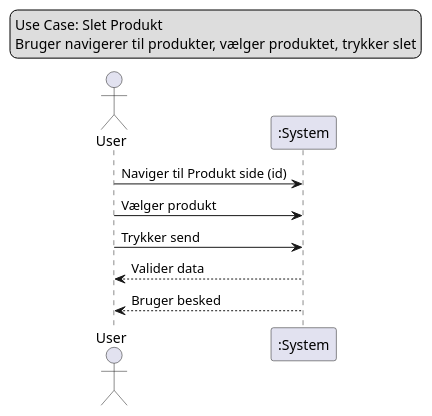
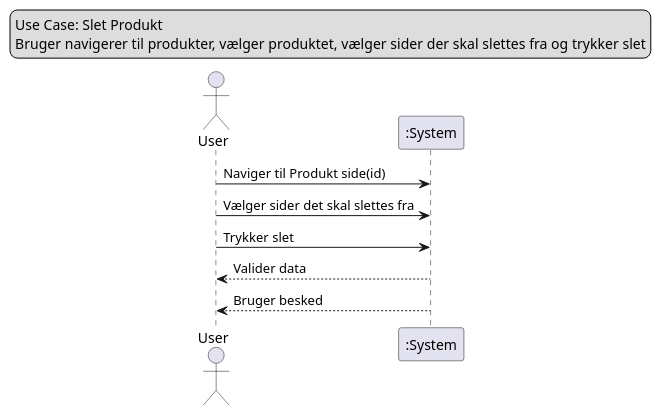
One commit to DMOoF23-S4-Team2/PMS-WePack changed the diagram in Documents/Use Cases/UseCaseDeleteProduct.plantuml. Above: the diagram before and after it, drawn with PlantUML. The commit also changed 1 other file, not shown here.

```diff
--- a/Documents/Use Cases/UseCaseDeleteProduct.plantuml
+++ b/Documents/Use Cases/UseCaseDeleteProduct.plantuml
@@ -1,16 +1,16 @@
 @startuml
 legend top left
     Use Case: Slet Produkt
-    Bruger navigerer til produkter, vælger produktet, trykker slet
+    Bruger navigerer til produkter, vælger produktet, vælger sider der skal slettes fra og trykker slet
 end legend
 
 actor User
 participant ":System" as System
 
-User -> System: Naviger til Produkt side (id)
-User -> System: Vælger produkt
-User -> System: Trykker send
+User -> System: Naviger til Produkt side(id)
+User -> System: Vælger sider det skal slettes fra
+User -> System: Trykker slet
 System --> User: Valider data
 System --> User: Bruger besked
 
 @enduml
```
